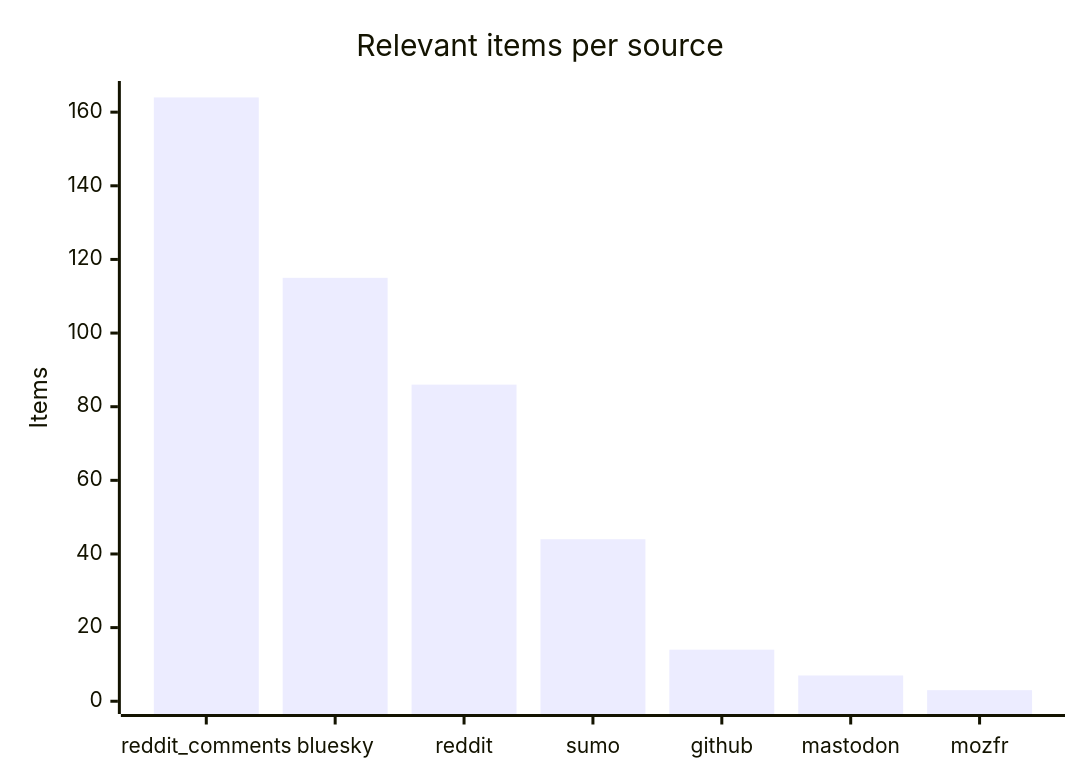
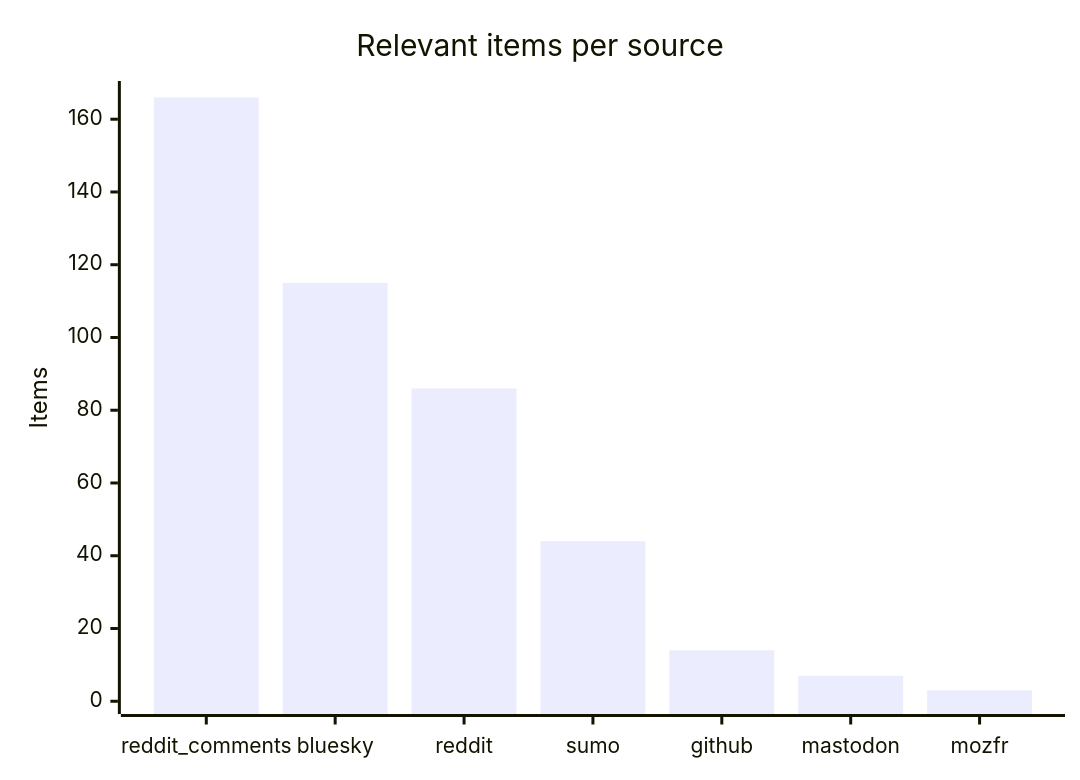
The third of 4 diagrams in README.md (martinbalfanz/social-scanner-reports), drawn with Mermaid before and after one commit. The commit also changed other lines of this file and 4 other files, not shown here.

````diff
--- a/README.md
+++ b/README.md
@@ -48,7 +48,7 @@
 ```mermaid
 xychart-beta
     title "Relevant items per source"
     x-axis ["reddit_comments", "bluesky", "reddit", "sumo", "github", "mastodon", "mozfr"]
-    y-axis "Items" 0 --> 165
-    bar [164, 115, 86, 44, 14, 7, 3]
+    y-axis "Items" 0 --> 167
+    bar [166, 115, 86, 44, 14, 7, 3]
 ```
````
